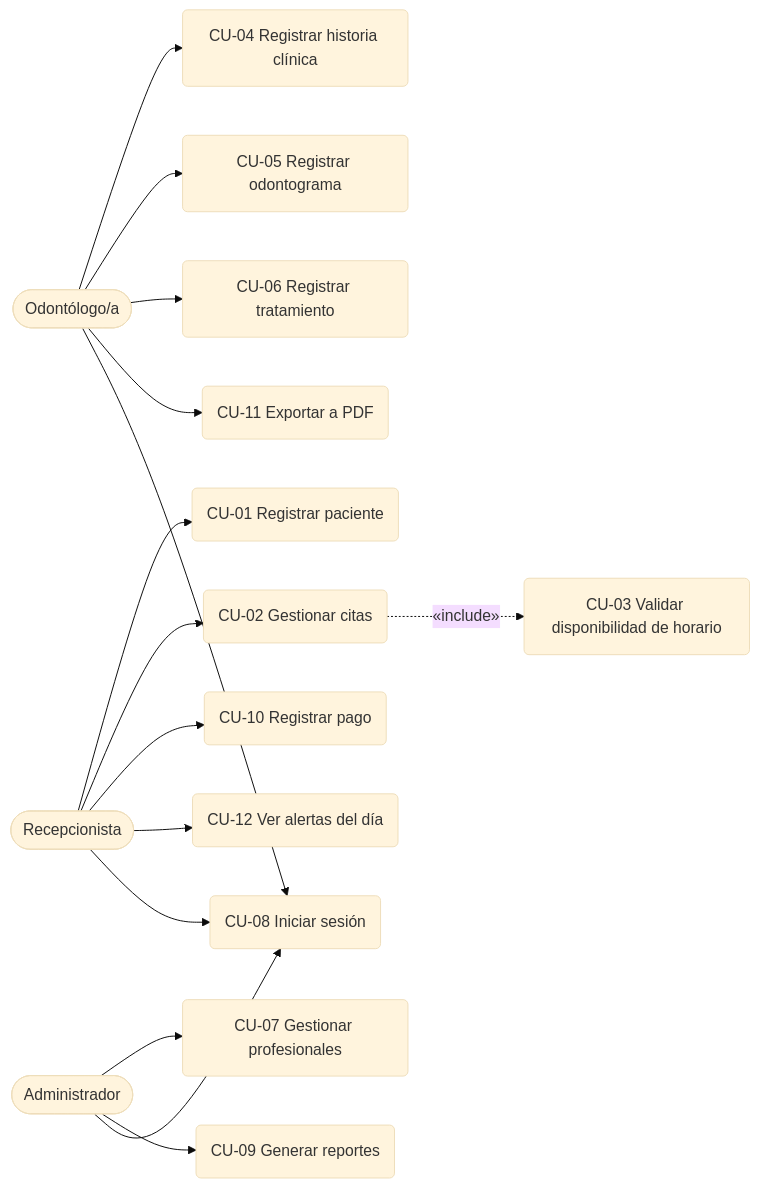
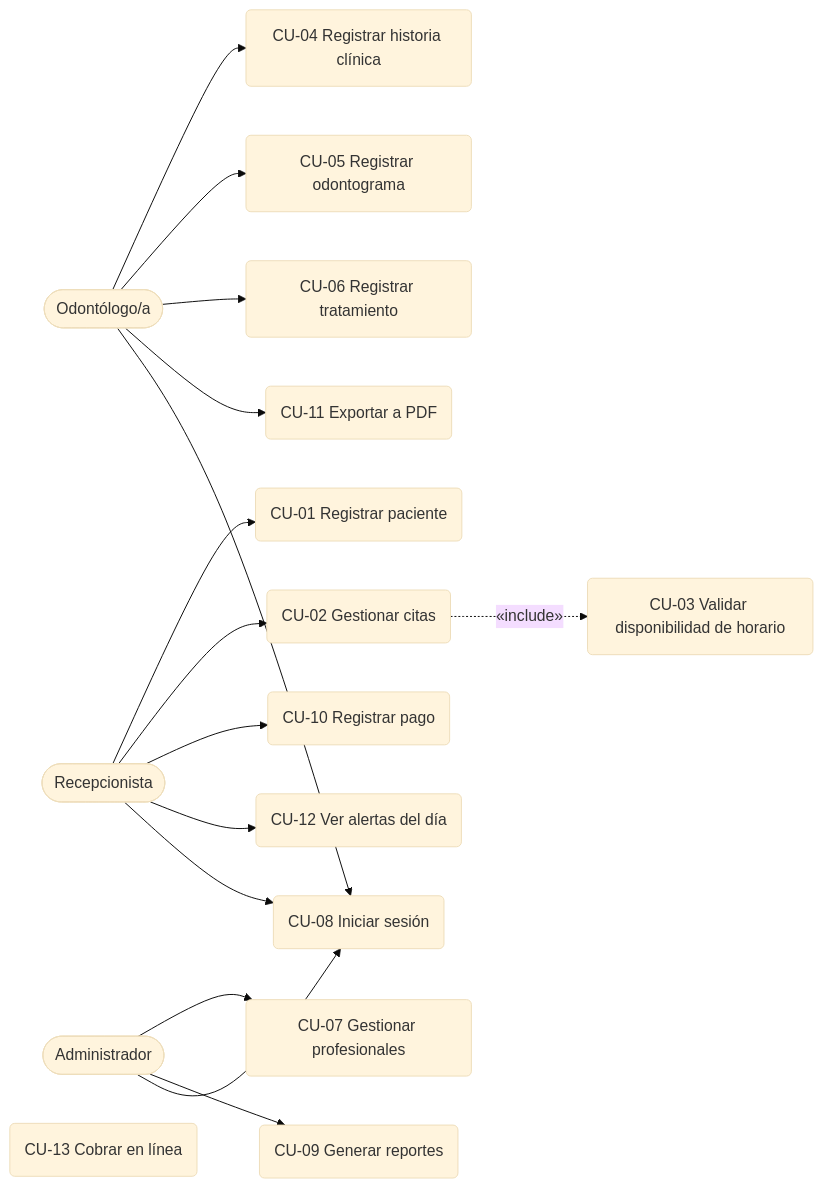
One commit to LuiDaniel/vyra-dentalSoftware changed the diagram in docs/02-casos-de-uso.md. Above: the diagram before and after it, drawn with Mermaid (base theme). The commit also changed other lines of this file and 64 other files, not shown here.

````diff
--- a/docs/02-casos-de-uso.md
+++ b/docs/02-casos-de-uso.md
@@ -14,37 +14,38 @@
 ```mermaid
 flowchart LR
     Recepcionista([Recepcionista])
     Odontologo([Odontólogo/a])
     Administrador([Administrador])
 
     CU01(CU-01 Registrar paciente)
     CU02(CU-02 Gestionar citas)
     CU03(CU-03 Validar disponibilidad de horario)
     CU04(CU-04 Registrar historia clínica)
     CU05(CU-05 Registrar odontograma)
     CU06(CU-06 Registrar tratamiento)
     CU07(CU-07 Gestionar profesionales)
     CU08(CU-08 Iniciar sesión)
     CU09(CU-09 Generar reportes)
     CU10(CU-10 Registrar pago)
     CU11(CU-11 Exportar a PDF)
     CU12(CU-12 Ver alertas del día)
+    CU13(CU-13 Cobrar en línea)
 
     Recepcionista --> CU01
     Recepcionista --> CU02
     Recepcionista --> CU10
     Recepcionista --> CU12
     Recepcionista --> CU08
 
     Odontologo --> CU04
     Odontologo --> CU05
     Odontologo --> CU06
     Odontologo --> CU11
     Odontologo --> CU08
 
     Administrador --> CU07
     Administrador --> CU09
     Administrador --> CU08
 
     CU02 -.«include».-> CU03
 ```
````
